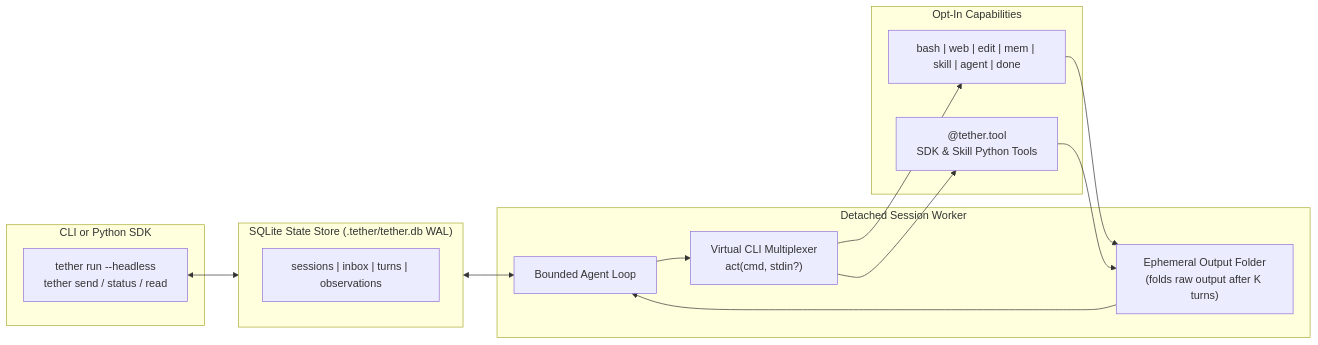
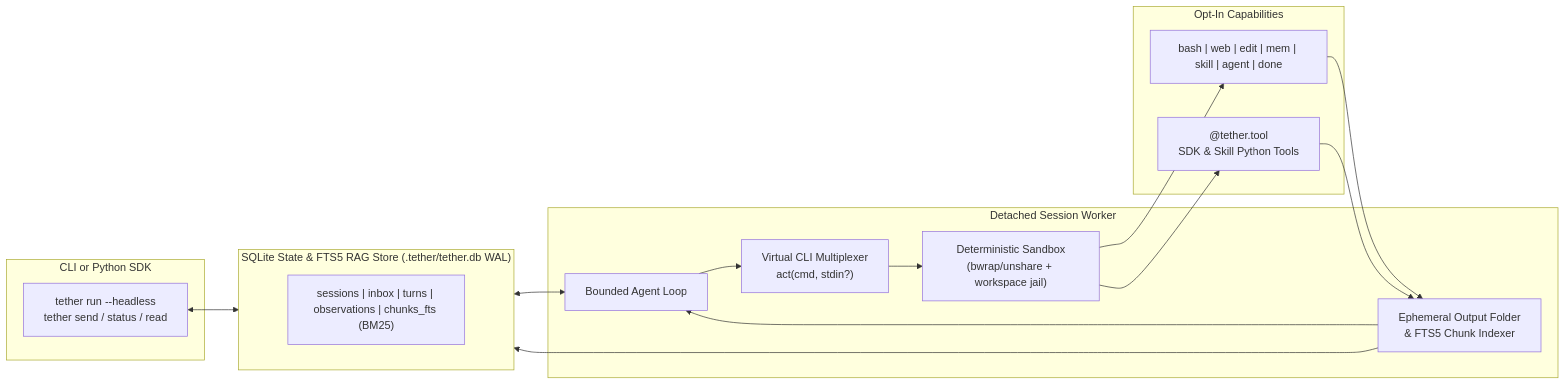
The diagram in README.md (igormcsouza/tether), drawn with Mermaid before and after one commit. The commit also changed other lines of this file and 1 other file, not shown here.

Commit message:
docs: add SQLite FTS5 RAG and deterministic kernel/workspace sandbox to v0 spec

````diff
--- a/README.md
+++ b/README.md
@@ -43,30 +43,33 @@
 ```mermaid
 flowchart LR
     subgraph Client["CLI or Python SDK"]
         Headless["tether run --headless\ntether send / status / read"]
     end
 
-    subgraph DB["SQLite State Store (.tether/tether.db WAL)"]
-        Sessions["sessions | inbox | turns | observations"]
+    subgraph DB["SQLite State & FTS5 RAG Store (.tether/tether.db WAL)"]
+        Sessions["sessions | inbox | turns | observations | chunks_fts (BM25)"]
     end
 
     subgraph Worker["Detached Session Worker"]
         Loop["Bounded Agent Loop"]
         Mux["Virtual CLI Multiplexer\nact(cmd, stdin?)"]
-        Folder["Ephemeral Output Folder\n(folds raw output after K turns)"]
+        Sandbox["Deterministic Sandbox\n(bwrap/unshare + workspace jail)"]
+        Folder["Ephemeral Output Folder\n& FTS5 Chunk Indexer"]
     end
 
     subgraph Tools["Opt-In Capabilities"]
         Builtins["bash | web | edit | mem | skill | agent | done"]
         Custom["@tether.tool\nSDK & Skill Python Tools"]
     end
 
     Headless <--> DB
     DB <--> Loop
     Loop --> Mux
-    Mux --> Builtins
-    Mux --> Custom
+    Mux --> Sandbox
+    Sandbox --> Builtins
+    Sandbox --> Custom
     Builtins --> Folder
     Custom --> Folder
+    Folder --> DB
     Folder --> Loop
 ```
````
